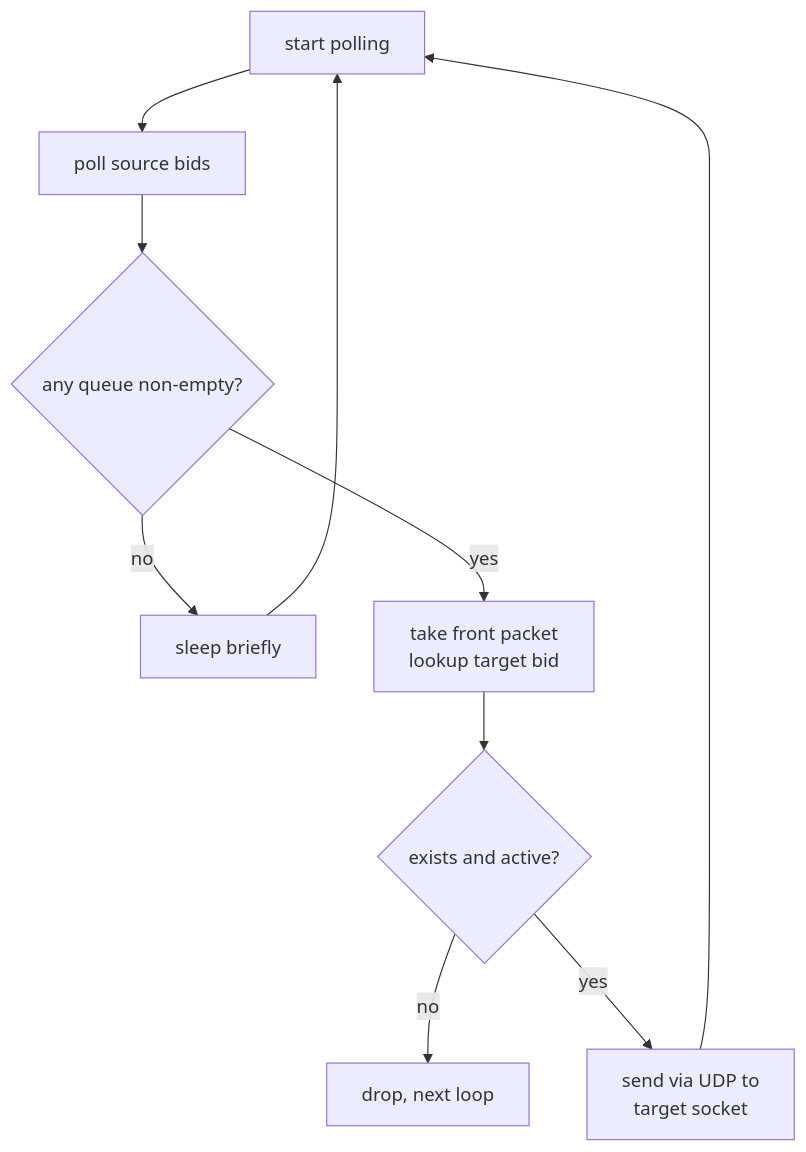
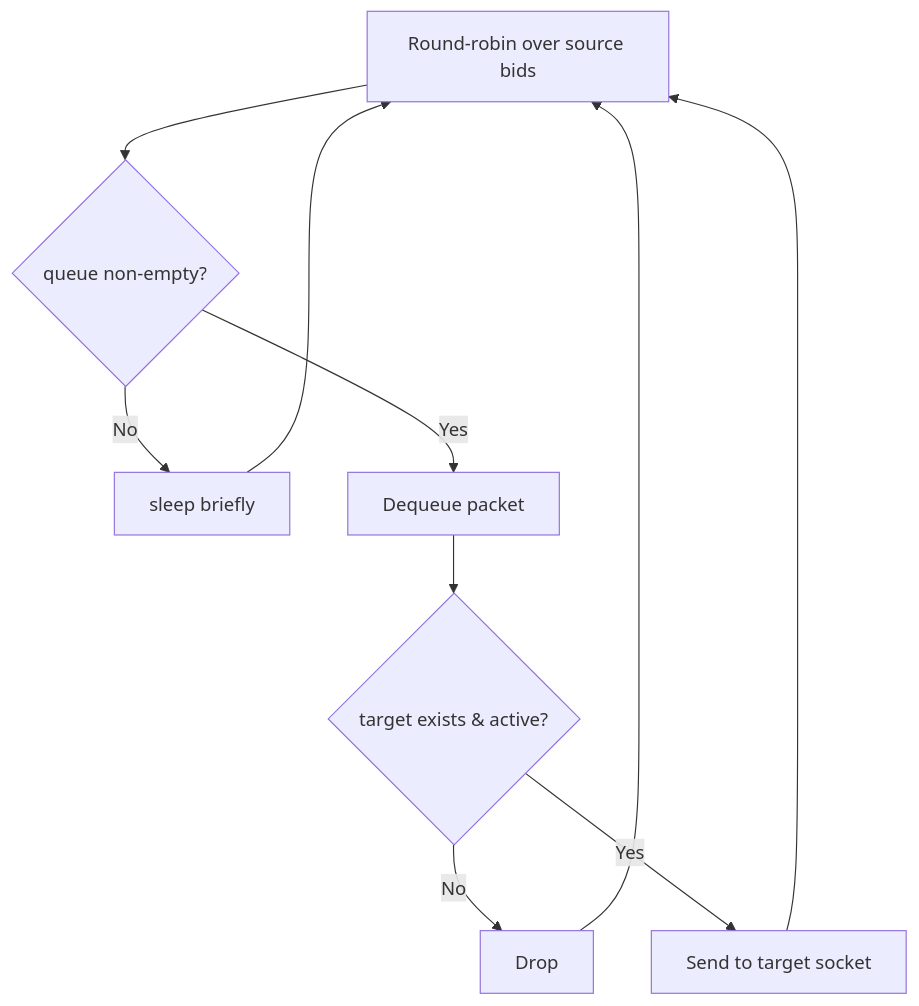
The fourth of 4 diagrams in docs/design-architecture.md (moky/magpie-bridge), drawn with Mermaid before and after one commit. The commit also changed other lines of this file and 9 other files, not shown here.

````diff
--- a/docs/design-architecture.md
+++ b/docs/design-architecture.md
@@ -100,12 +74,9 @@
 ```mermaid
 flowchart TD
-    L[start polling] --> S[poll source bids]
-    S --> E{any queue non-empty?}
-    E -- no --> SL[sleep briefly]
-    SL --> L
-    E -- yes --> T[take front packet<br/>lookup target bid]
-    T --> A{exists and active?}
-    A -- no --> DR[drop, next loop]
-    A -- yes --> SEND[send via UDP to<br/>target socket]
-    SEND --> L
+    L["Round-robin over source bids"] --> Q{"queue non-empty?"}
+    Q -- "No" --> SLEEP["sleep briefly"] --> L
+    Q -- "Yes" --> POP["Dequeue packet"]
+    POP --> T{"target exists & active?"}
+    T -- "No" --> DROP["Drop"] --> L
+    T -- "Yes" --> SEND["Send to target socket"] --> L
 ```
````
